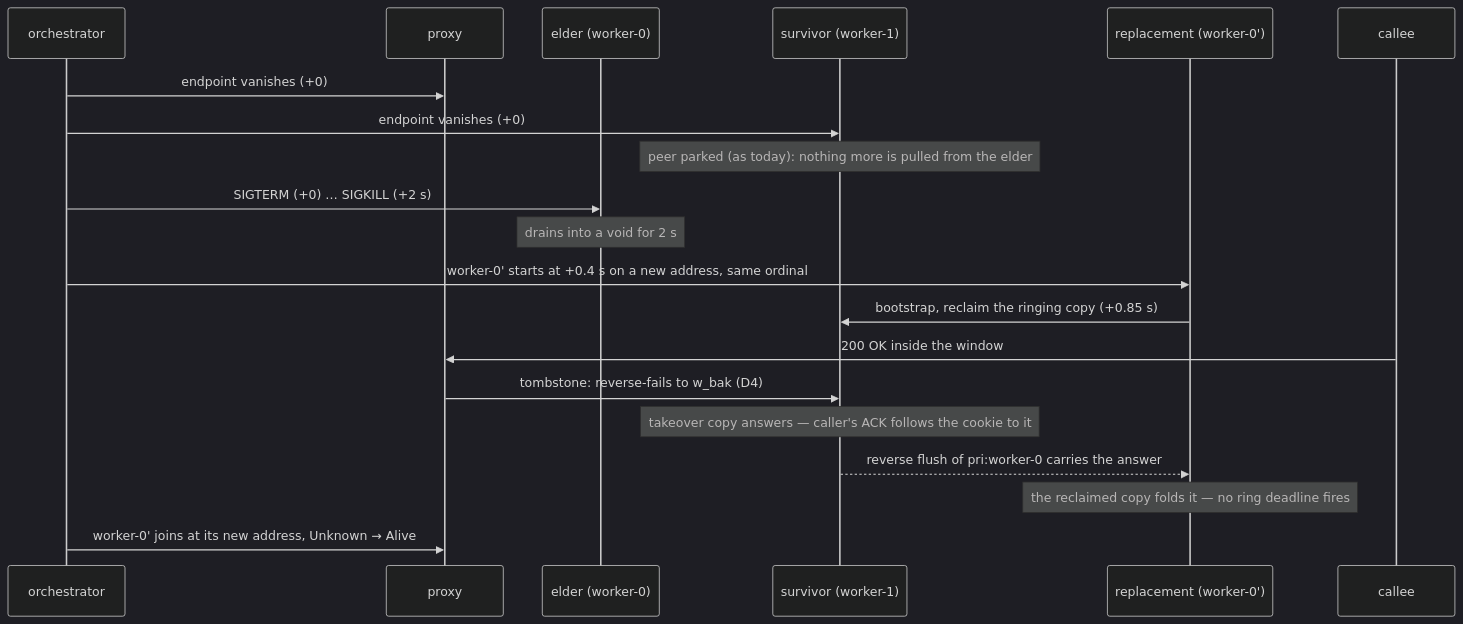
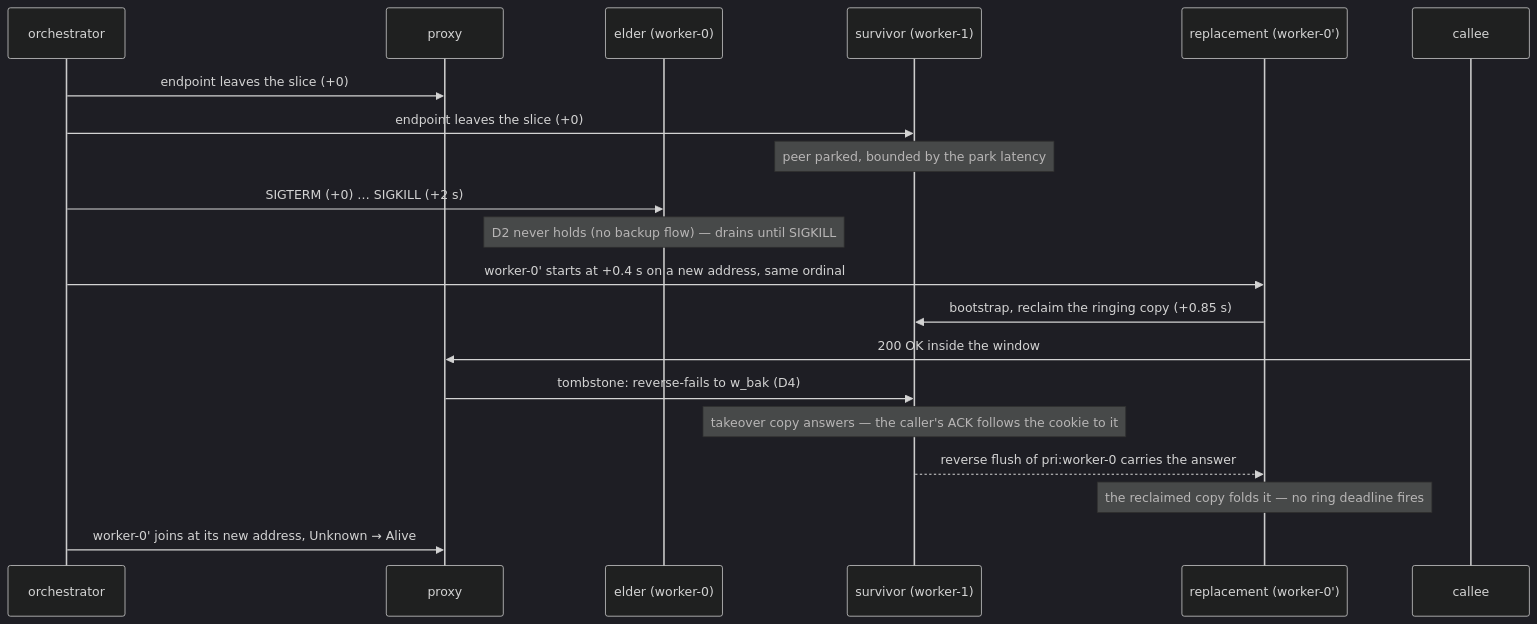
Before and after one commit to vcharbon/siprustserver: the second of 3 diagrams in docs/adr/0031-a-workers-three-ways-out.md, drawn with Mermaid (dark theme). The commit also changed other lines of this file and 2 other files, not shown here.

````diff
--- a/docs/adr/0031-a-workers-three-ways-out.md
+++ b/docs/adr/0031-a-workers-three-ways-out.md
@@ -142,22 +198,22 @@
 ```mermaid
 sequenceDiagram
     participant O as orchestrator
     participant P as proxy
     participant E as elder (worker-0)
     participant S as survivor (worker-1)
     participant R as replacement (worker-0')
     participant C as callee
-    O->>P: endpoint vanishes (+0)
-    O->>S: endpoint vanishes (+0)
-    Note over S: peer parked (as today): nothing more is pulled from the elder
+    O->>P: endpoint leaves the slice (+0)
+    O->>S: endpoint leaves the slice (+0)
+    Note over S: peer parked, bounded by the park latency
     O->>E: SIGTERM (+0) … SIGKILL (+2 s)
-    Note over E: drains into a void for 2 s
+    Note over E: D2 never holds (no backup flow) — drains until SIGKILL
     O->>R: worker-0' starts at +0.4 s on a new address, same ordinal
     R->>S: bootstrap, reclaim the ringing copy (+0.85 s)
     C->>P: 200 OK inside the window
     P->>S: tombstone: reverse-fails to w_bak (D4)
-    Note over S: takeover copy answers — caller's ACK follows the cookie to it
+    Note over S: takeover copy answers — the caller's ACK follows the cookie to it
     S-->>R: reverse flush of pri:worker-0 carries the answer
     Note over R: the reclaimed copy folds it — no ring deadline fires
     O->>P: worker-0' joins at its new address, Unknown → Alive
 ```
````
